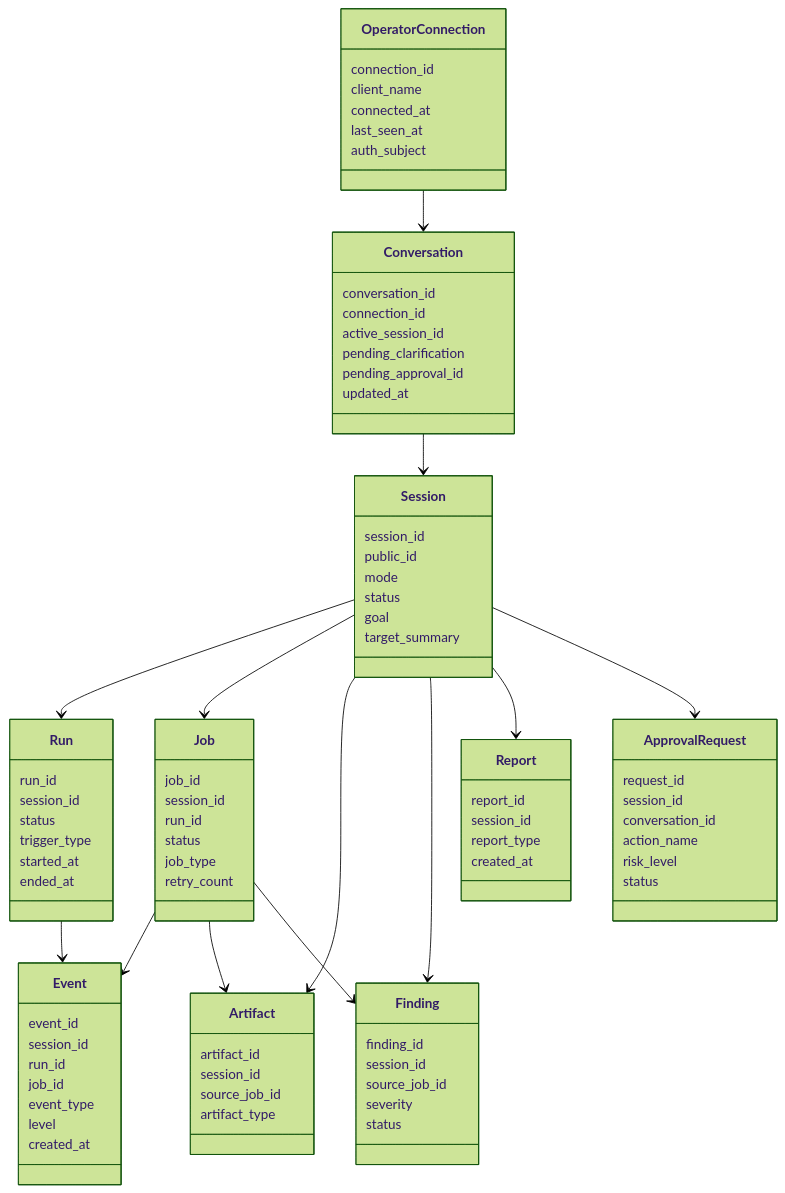
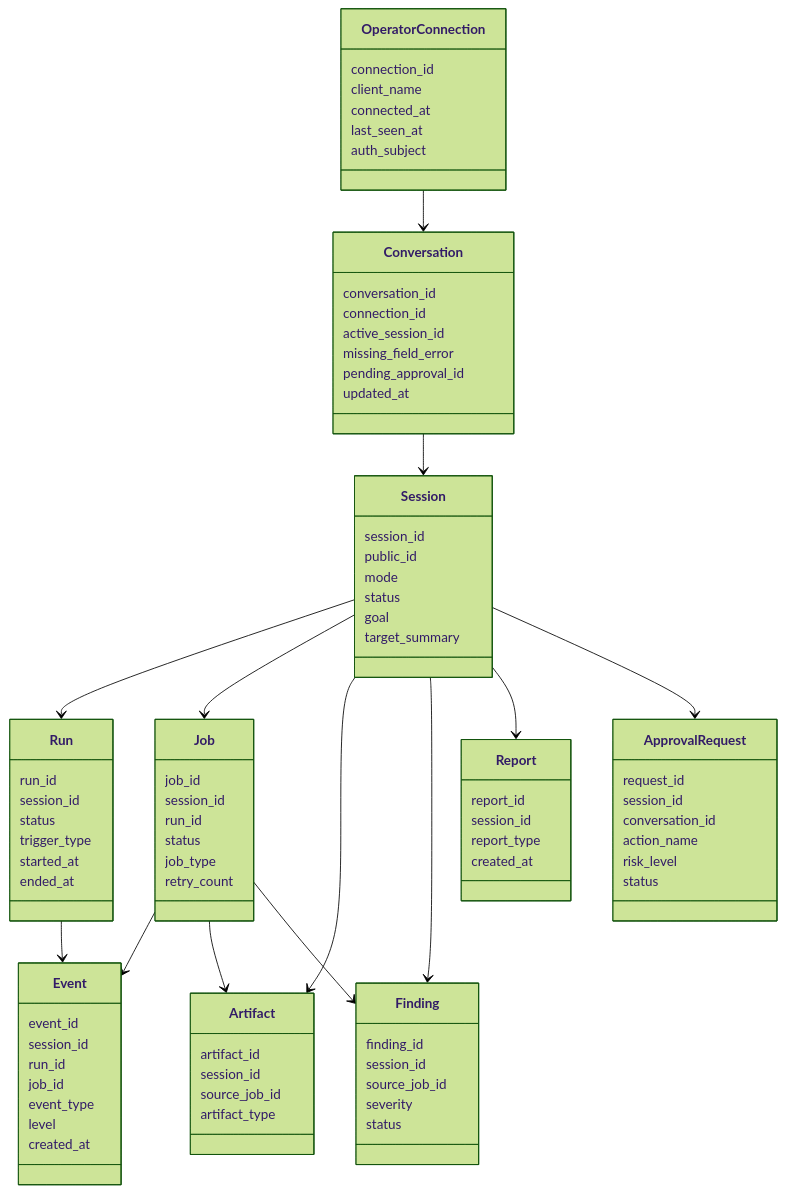
One commit to a1457139709/red_agent changed the sixth of 11 diagrams in docs/architecture/control-center-target-architecture.zh.md. Above: the diagram before and after it, drawn with Mermaid (forest theme). The commit also changed other lines of this file and 37 other files, not shown here.

```diff
--- a/docs/architecture/control-center-target-architecture.zh.md
+++ b/docs/architecture/control-center-target-architecture.zh.md
@@ -304,7 +304,7 @@
       conversation_id
       connection_id
       active_session_id
-      pending_clarification
+      missing_field_error
       pending_approval_id
       updated_at
     }
```
